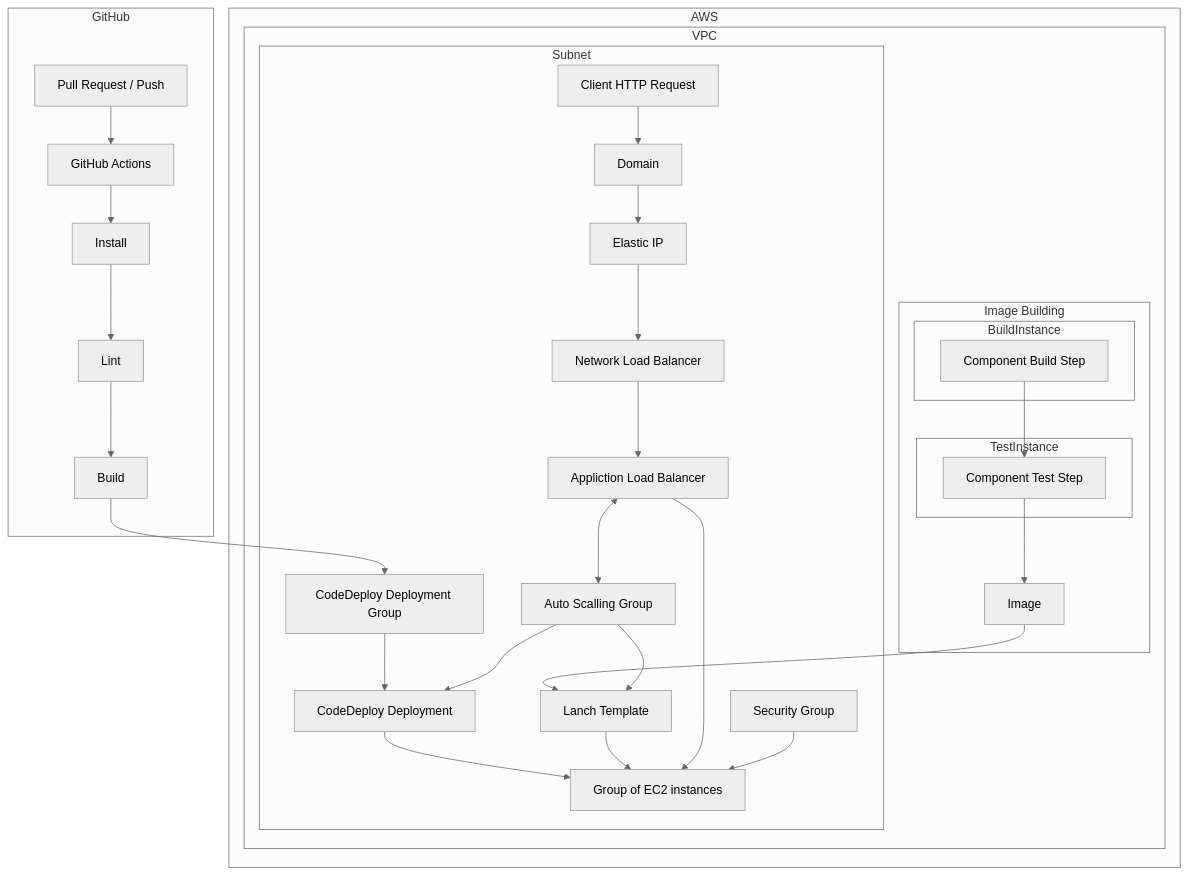
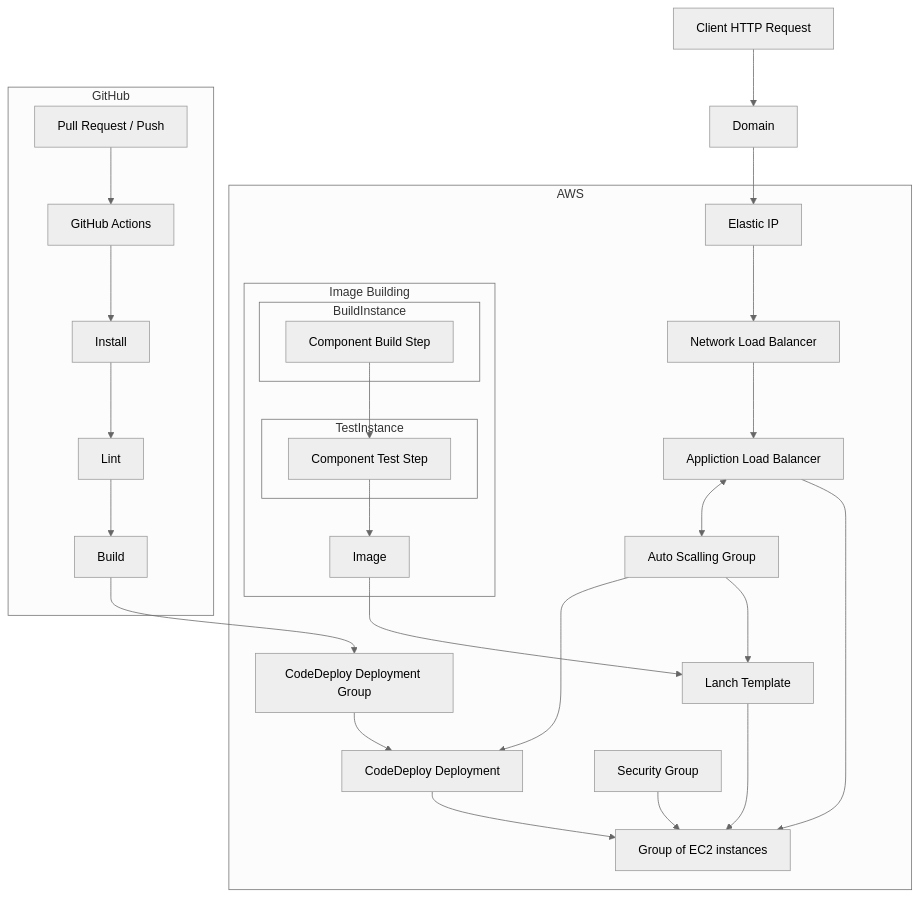
The second of 3 diagrams in README.md (omer-priel/madabclick), drawn with Mermaid (neutral theme) before and after one commit. The commit also changed other lines of this file, not shown here.

````diff
--- a/README.md
+++ b/README.md
@@ -29,32 +29,31 @@
 ```mermaid
-flowchart TD
+flowchart TB
   subgraph GitHub
     PR[Pull Request / Push] --> GA[GitHub Actions] --> GInstall[Install] --> GLint[Lint] --> GBuild[Build] 
   end
 
+  ClientRequest[Client HTTP Request] --> Domain --> EIP
+
   subgraph AWS
-    subgraph VPC
-      subgraph Image Building
-        subgraph BuildInstance
-          ImageComponentBuild[Component Build Step]
-        end
-        subgraph TestInstance
-          ImageComponentTest[Component Test Step]
-        end
-        ImageComponentBuild --> ImageComponentTest --> Image
+    subgraph Image Building
+      subgraph BuildInstance
+        ImageComponentBuild[Component Build Step]
       end
-      subgraph Subnet
-        CodeDeploy[CodeDeploy Deployment Group] --> Deployment[CodeDeploy Deployment] --> EC2[Group of EC2 instances]
-        Image --> LT[Lanch Template]
-        ASG[Auto Scalling Group] --> LT --> EC2
-        ASG --> Deployment
-        CHR[Client HTTP Request] --> Domain --> EIP[Elastic IP] --> NLB[Network Load Balancer]
-        NLB --> ALB[Appliction Load Balancer] --> EC2
-        SG[Security Group] --> EC2
-        ALB <--> ASG
+      subgraph TestInstance
+        ImageComponentTest[Component Test Step]
       end
+      ImageComponentBuild --> ImageComponentTest --> Image
     end
+
+    CodeDeploy[CodeDeploy Deployment Group] --> Deployment[CodeDeploy Deployment] --> EC2[Group of EC2 instances]
+    Image --> LT[Lanch Template]
+    ASG[Auto Scalling Group] --> LT ---> EC2
+    ASG --> Deployment
+    EIP[Elastic IP] --> NLB[Network Load Balancer]
+    NLB --> ALB[Appliction Load Balancer] --> EC2
+    ALB <--> ASG
+    SG[Security Group] --> EC2
   end
     
   GBuild --> CodeDeploy
 ```
````
